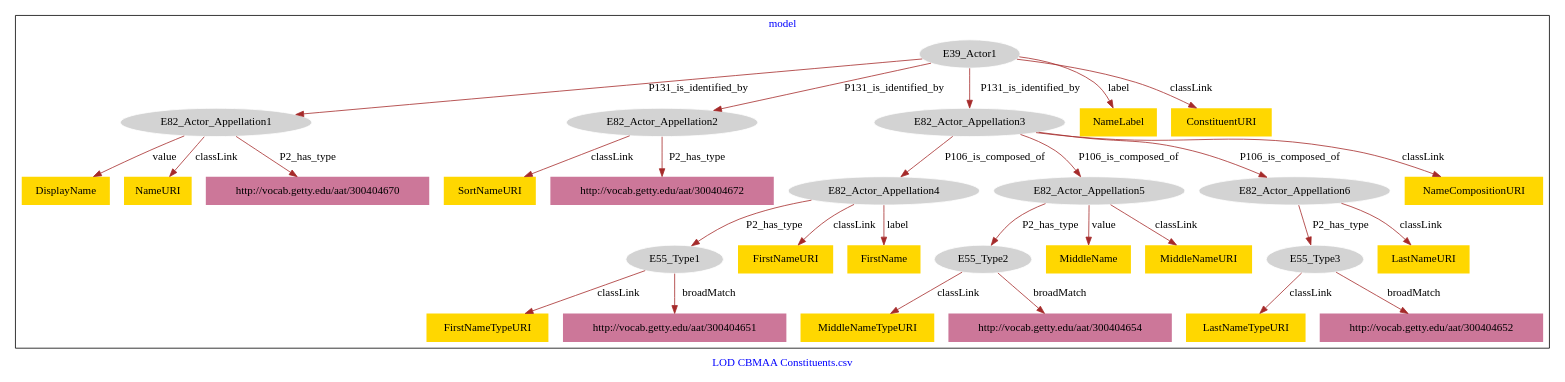
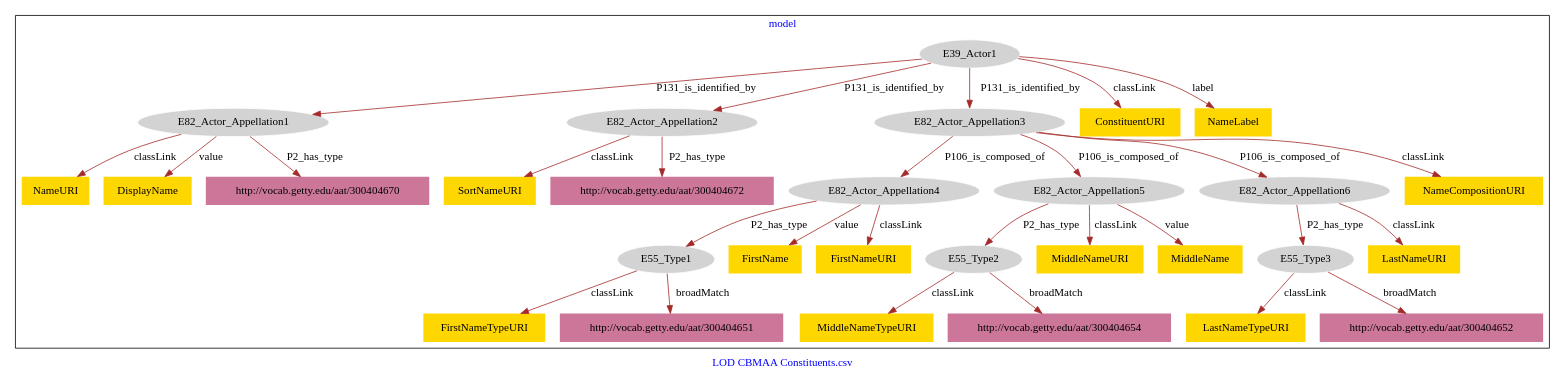
The diagram in CBMAA_Constituents/CBMAA_Constituents-model.dot (american-art/cbm), drawn with Graphviz before and after one commit.

Commit message:
Update file CBMAA_Constituents-model.dot

```diff
--- a/CBMAA_Constituents/CBMAA_Constituents-model.dot
+++ b/CBMAA_Constituents/CBMAA_Constituents-model.dot
@@ -1,65 +1,65 @@
 digraph n0 {
 fontcolor="blue"
 remincross="true"
 label="LOD CBMAA Constituents.csv"
 subgraph cluster {
 label="model"
 n2[style="filled",color="white",fillcolor="lightgray",label="E39_Actor1"];
 n3[style="filled",color="white",fillcolor="lightgray",label="E82_Actor_Appellation1"];
 n4[style="filled",color="white",fillcolor="lightgray",label="E82_Actor_Appellation2"];
 n5[style="filled",color="white",fillcolor="lightgray",label="E82_Actor_Appellation3"];
 n6[style="filled",color="white",fillcolor="lightgray",label="E82_Actor_Appellation4"];
 n7[style="filled",color="white",fillcolor="lightgray",label="E82_Actor_Appellation5"];
 n8[style="filled",color="white",fillcolor="lightgray",label="E82_Actor_Appellation6"];
 n9[style="filled",color="white",fillcolor="lightgray",label="E55_Type1"];
 n10[style="filled",color="white",fillcolor="lightgray",label="E55_Type2"];
 n11[style="filled",color="white",fillcolor="lightgray",label="E55_Type3"];
-n12[shape="plaintext",style="filled",fillcolor="gold",label="SortNameURI"];
+n12[shape="plaintext",style="filled",fillcolor="gold",label="FirstName"];
 n13[shape="plaintext",style="filled",fillcolor="gold",label="FirstNameTypeURI"];
-n14[shape="plaintext",style="filled",fillcolor="gold",label="DisplayName"];
-n15[shape="plaintext",style="filled",fillcolor="gold",label="FirstNameURI"];
-n16[shape="plaintext",style="filled",fillcolor="gold",label="FirstName"];
-n17[shape="plaintext",style="filled",fillcolor="gold",label="NameLabel"];
-n18[shape="plaintext",style="filled",fillcolor="gold",label="LastNameURI"];
-n19[shape="plaintext",style="filled",fillcolor="gold",label="NameCompositionURI"];
-n20[shape="plaintext",style="filled",fillcolor="gold",label="MiddleName"];
-n21[shape="plaintext",style="filled",fillcolor="gold",label="ConstituentURI"];
-n22[shape="plaintext",style="filled",fillcolor="gold",label="NameURI"];
-n23[shape="plaintext",style="filled",fillcolor="gold",label="MiddleNameURI"];
-n24[shape="plaintext",style="filled",fillcolor="gold",label="MiddleNameTypeURI"];
-n25[shape="plaintext",style="filled",fillcolor="gold",label="LastNameTypeURI"];
+n14[shape="plaintext",style="filled",fillcolor="gold",label="NameURI"];
+n15[shape="plaintext",style="filled",fillcolor="gold",label="MiddleNameURI"];
+n16[shape="plaintext",style="filled",fillcolor="gold",label="MiddleName"];
+n17[shape="plaintext",style="filled",fillcolor="gold",label="NameCompositionURI"];
+n18[shape="plaintext",style="filled",fillcolor="gold",label="ConstituentURI"];
+n19[shape="plaintext",style="filled",fillcolor="gold",label="NameLabel"];
+n20[shape="plaintext",style="filled",fillcolor="gold",label="MiddleNameTypeURI"];
+n21[shape="plaintext",style="filled",fillcolor="gold",label="SortNameURI"];
+n22[shape="plaintext",style="filled",fillcolor="gold",label="DisplayName"];
+n23[shape="plaintext",style="filled",fillcolor="gold",label="LastNameTypeURI"];
+n24[shape="plaintext",style="filled",fillcolor="gold",label="FirstNameURI"];
+n25[shape="plaintext",style="filled",fillcolor="gold",label="LastNameURI"];
 n26[shape="plaintext",style="filled",fillcolor="#CC7799",label="http://vocab.getty.edu/aat/300404670"];
 n27[shape="plaintext",style="filled",fillcolor="#CC7799",label="http://vocab.getty.edu/aat/300404651"];
 n28[shape="plaintext",style="filled",fillcolor="#CC7799",label="http://vocab.getty.edu/aat/300404672"];
 n29[shape="plaintext",style="filled",fillcolor="#CC7799",label="http://vocab.getty.edu/aat/300404654"];
 n30[shape="plaintext",style="filled",fillcolor="#CC7799",label="http://vocab.getty.edu/aat/300404652"];
 }
 n2 -> n3[color="brown",fontcolor="black",label="P131_is_identified_by"]
 n2 -> n4[color="brown",fontcolor="black",label="P131_is_identified_by"]
 n2 -> n5[color="brown",fontcolor="black",label="P131_is_identified_by"]
 n5 -> n6[color="brown",fontcolor="black",label="P106_is_composed_of"]
 n5 -> n7[color="brown",fontcolor="black",label="P106_is_composed_of"]
 n5 -> n8[color="brown",fontcolor="black",label="P106_is_composed_of"]
 n6 -> n9[color="brown",fontcolor="black",label="P2_has_type"]
 n7 -> n10[color="brown",fontcolor="black",label="P2_has_type"]
 n8 -> n11[color="brown",fontcolor="black",label="P2_has_type"]
-n4 -> n12[color="brown",fontcolor="black",label="classLink"]
+n6 -> n12[color="brown",fontcolor="black",label="value"]
 n9 -> n13[color="brown",fontcolor="black",label="classLink"]
-n3 -> n14[color="brown",fontcolor="black",label="value"]
-n6 -> n15[color="brown",fontcolor="black",label="classLink"]
-n6 -> n16[color="brown",fontcolor="black",label="label"]
-n2 -> n17[color="brown",fontcolor="black",label="label"]
-n8 -> n18[color="brown",fontcolor="black",label="classLink"]
-n5 -> n19[color="brown",fontcolor="black",label="classLink"]
-n7 -> n20[color="brown",fontcolor="black",label="value"]
-n2 -> n21[color="brown",fontcolor="black",label="classLink"]
-n3 -> n22[color="brown",fontcolor="black",label="classLink"]
-n7 -> n23[color="brown",fontcolor="black",label="classLink"]
-n10 -> n24[color="brown",fontcolor="black",label="classLink"]
-n11 -> n25[color="brown",fontcolor="black",label="classLink"]
+n3 -> n14[color="brown",fontcolor="black",label="classLink"]
+n7 -> n15[color="brown",fontcolor="black",label="classLink"]
+n7 -> n16[color="brown",fontcolor="black",label="value"]
+n5 -> n17[color="brown",fontcolor="black",label="classLink"]
+n2 -> n18[color="brown",fontcolor="black",label="classLink"]
+n2 -> n19[color="brown",fontcolor="black",label="label"]
+n10 -> n20[color="brown",fontcolor="black",label="classLink"]
+n4 -> n21[color="brown",fontcolor="black",label="classLink"]
+n3 -> n22[color="brown",fontcolor="black",label="value"]
+n11 -> n23[color="brown",fontcolor="black",label="classLink"]
+n6 -> n24[color="brown",fontcolor="black",label="classLink"]
+n8 -> n25[color="brown",fontcolor="black",label="classLink"]
 n3 -> n26[color="brown",fontcolor="black",label="P2_has_type"]
 n9 -> n27[color="brown",fontcolor="black",label="broadMatch"]
 n4 -> n28[color="brown",fontcolor="black",label="P2_has_type"]
 n10 -> n29[color="brown",fontcolor="black",label="broadMatch"]
 n11 -> n30[color="brown",fontcolor="black",label="broadMatch"]
 }
```
